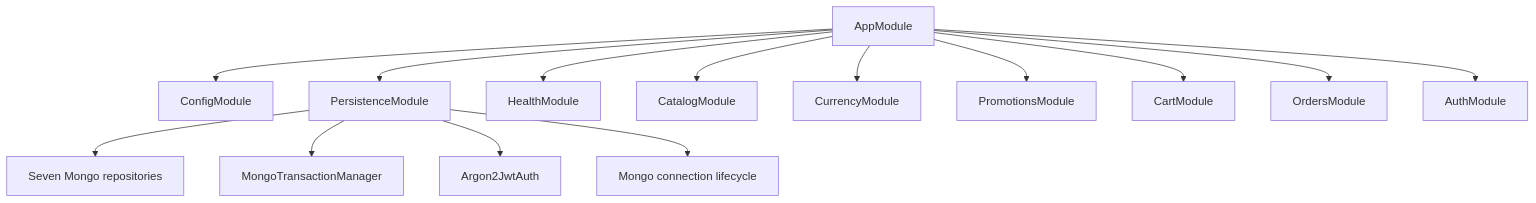
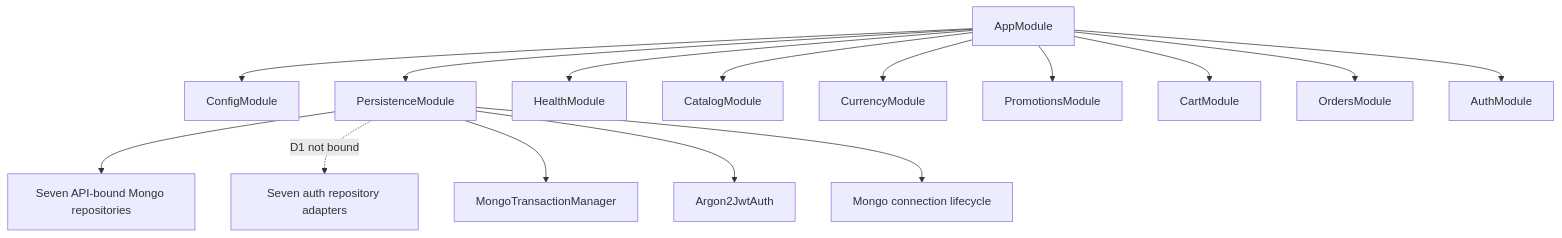
Before and after one commit to Kaizer-Systems/saha-textile: the first of 2 diagrams in docs/backend/composition-and-adapters.md, drawn with Mermaid. The commit also changed other lines of this file and 18 other files, not shown here.

````diff
--- a/docs/backend/composition-and-adapters.md
+++ b/docs/backend/composition-and-adapters.md
@@ -23,17 +23,18 @@
 ```mermaid
 flowchart TD
     App["AppModule"] --> Config["ConfigModule"]
     App --> Persistence["PersistenceModule"]
     App --> Health["HealthModule"]
     App --> Catalog["CatalogModule"]
     App --> Currency["CurrencyModule"]
     App --> Promotions["PromotionsModule"]
     App --> Cart["CartModule"]
     App --> Orders["OrdersModule"]
     App --> Auth["AuthModule"]
 
-    Persistence --> MongoRepos["Seven Mongo repositories"]
+    Persistence --> MongoRepos["Seven API-bound Mongo repositories"]
+    Persistence -. "D1 not bound" .-> AuthRepos["Seven auth repository adapters"]
     Persistence --> Transaction["MongoTransactionManager"]
     Persistence --> AuthAdapter["Argon2JwtAuth"]
     Persistence --> MongoConnection["Mongo connection lifecycle"]
 ```
````
